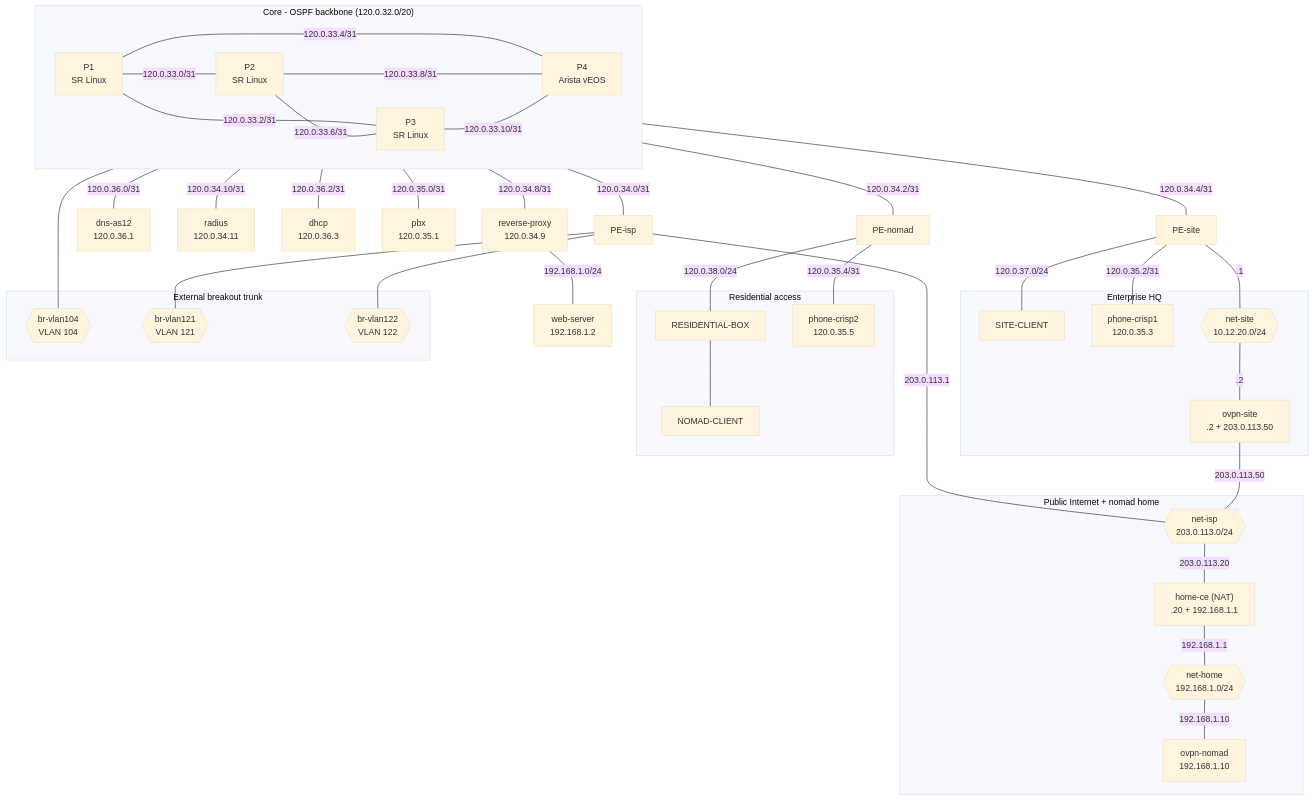
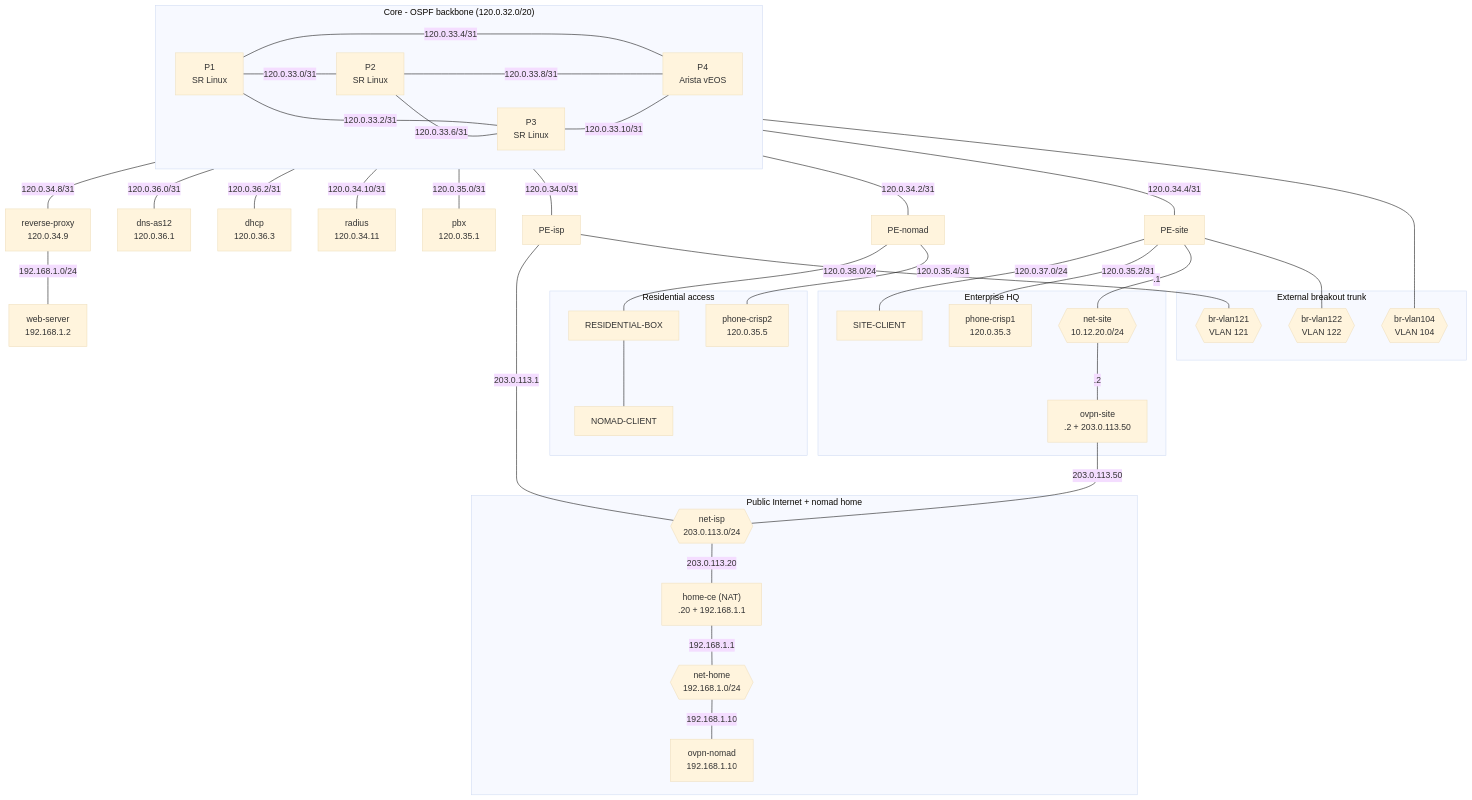
Before and after one commit to yfgrepcat/CrISP: the first of 2 diagrams in README.md, drawn with Mermaid. The commit also changed other lines of this file and 2 other files, not shown here.

````diff
--- a/README.md
+++ b/README.md
@@ -110,81 +110,81 @@
 ```mermaid
 %%{init: {'theme': 'base', 'themeVariables': {'fontSize': '16px'}}}%%
 flowchart TB
   subgraph CORE["Core - OSPF backbone (120.0.32.0/20)"]
     direction LR
     P1["P1<br/>SR Linux"]
     P2["P2<br/>SR Linux"]
     P3["P3<br/>SR Linux"]
     P4["P4<br/>Arista vEOS"]
     P1 ---|"120.0.33.0/31"| P2
     P1 ---|"120.0.33.2/31"| P3
     P1 ---|"120.0.33.4/31"| P4
     P2 ---|"120.0.33.6/31"| P3
     P2 ---|"120.0.33.8/31"| P4
     P3 ---|"120.0.33.10/31"| P4
   end
 
   %% --- services directly on the core ---
   RP["reverse-proxy<br/>120.0.34.9"]
   WEB["web-server<br/>192.168.1.2"]
   DNS["dns-as12<br/>120.0.36.1"]
   RADIUS["radius<br/>120.0.34.11"]
   DHCP["dhcp<br/>120.0.36.3"]
   PBX["pbx<br/>120.0.35.1"]
   P1 ---|"120.0.34.8/31"| RP
   RP ---|"192.168.1.0/24"| WEB
   P1 ---|"120.0.36.0/31"| DNS
   P1 ---|"120.0.36.2/31"| DHCP
   P2 ---|"120.0.34.10/31"| RADIUS
   P4 ---|"120.0.35.0/31"| PBX
 
   %% --- PE routers ---
   P1 ---|"120.0.34.0/31"| PEisp["PE-isp"]
   P2 ---|"120.0.34.2/31"| PEnomad["PE-nomad"]
   P3 ---|"120.0.34.4/31"| PEsite["PE-site"]
 
   %% --- HQ site (net-site) ---
   subgraph HQ["Enterprise HQ"]
     SITEC["SITE-CLIENT"]
     PHs["phone-crisp1<br/>120.0.35.3"]
     NETSITE{{"net-site<br/>10.12.20.0/24"}}
     OVPNs["ovpn-site<br/>.2 + 203.0.113.50"]
   end
   PEsite ---|"120.0.37.0/24"| SITEC
   PEsite ---|"120.0.35.2/31"| PHs
   PEsite ---|".1"| NETSITE
   NETSITE ---|".2"| OVPNs
 
   %% --- residential access ---
   subgraph RES["Residential access"]
     RBOX["RESIDENTIAL-BOX"]
     NOMADC["NOMAD-CLIENT"]
     PHn["phone-crisp2<br/>120.0.35.5"]
   end
   PEnomad ---|"120.0.38.0/24"| RBOX
   RBOX --- NOMADC
   PEnomad ---|"120.0.35.4/31"| PHn
 
   %% --- Internet + nomad home ---
   subgraph NET["Public Internet + nomad home"]
     NETISP{{"net-isp<br/>203.0.113.0/24"}}
     HOMECE["home-ce (NAT)<br/>.20 + 192.168.1.1"]
     NETHOME{{"net-home<br/>192.168.1.0/24"}}
     OVPNn["ovpn-nomad<br/>192.168.1.10"]
   end
   PEisp ---|"203.0.113.1"| NETISP
   OVPNs ---|"203.0.113.50"| NETISP
   NETISP ---|"203.0.113.20"| HOMECE
   HOMECE ---|"192.168.1.1"| NETHOME
   NETHOME ---|"192.168.1.10"| OVPNn
 
   %% --- external breakout trunk ---
   subgraph TRUNK["External breakout trunk"]
     BR104{{"br-vlan104<br/>VLAN 104"}}
     BR121{{"br-vlan121<br/>VLAN 121"}}
     BR122{{"br-vlan122<br/>VLAN 122"}}
   end
   P4 --- BR104
   PEisp --- BR121
-  PEisp --- BR122
+  PEsite --- BR122
 ```
````
